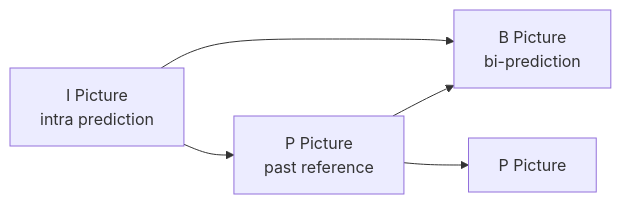
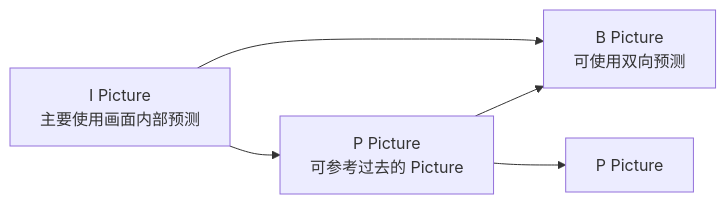
One commit to flycodeu/FlyCodeCenter changed the first of 9 diagrams in src/content/tutorial/ffmpeg/08-H264-H265-Bitstream.md. Above: the diagram before and after it, drawn with Mermaid. The commit also changed other lines of this file and 1 other file, not shown here.

````diff
--- a/src/content/tutorial/ffmpeg/08-H264-H265-Bitstream.md
+++ b/src/content/tutorial/ffmpeg/08-H264-H265-Bitstream.md
@@ -73,7 +68,11 @@
 ```mermaid
 flowchart LR
-  I[I Picture<br/>intra prediction] --> P[P Picture<br/>past reference]
-  I --> B[B Picture<br/>bi-prediction]
-  P --> B
-  P --> P2[P Picture]
+  I[I Picture<br/>主要使用画面内部预测]
+  P1[P Picture<br/>可参考过去的 Picture]
+  B1[B Picture<br/>可使用双向预测]
+  P2[P Picture]
+  I --> P1
+  I --> B1
+  P1 --> B1
+  P1 --> P2
 ```
````
